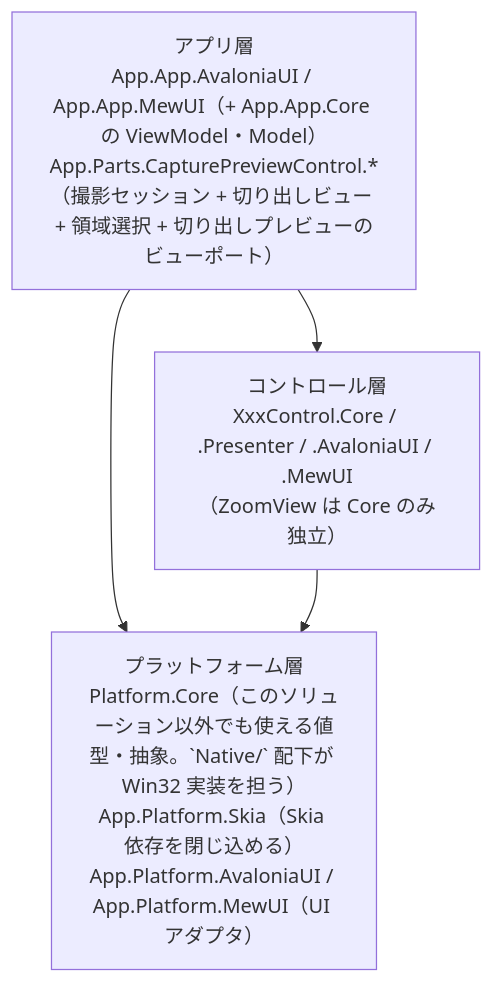
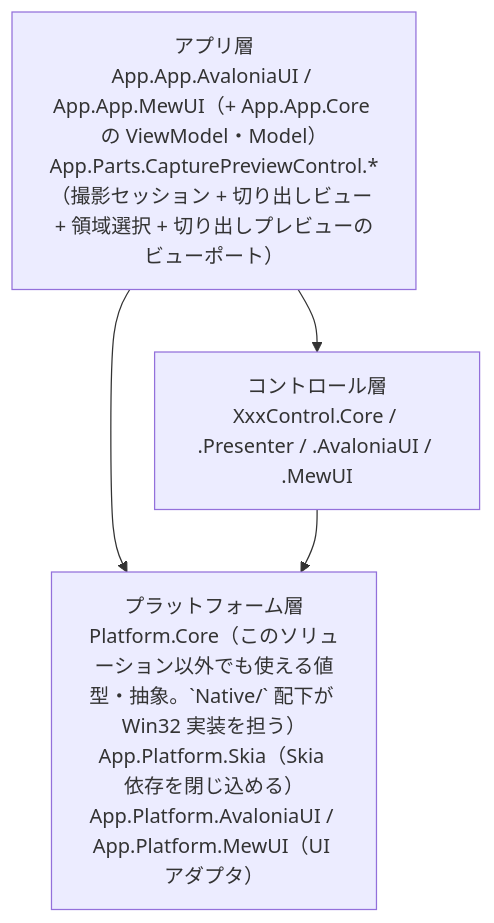
The first of 2 diagrams in src/README.md (tomokuni/SaveEvidence), drawn with Mermaid before and after one commit. The commit also changed other lines of this file and 279 other files, not shown here.

````diff
--- a/src/README.md
+++ b/src/README.md
@@ -8,9 +8,9 @@
 ```mermaid
 flowchart TB
     APP["アプリ層<br/>App.App.AvaloniaUI / App.App.MewUI（+ App.App.Core の ViewModel・Model）<br/>App.Parts.CapturePreviewControl.*（撮影セッション + 切り出しビュー + 領域選択 + 切り出しプレビューのビューポート）"]
-    CTRL["コントロール層<br/>XxxControl.Core / .Presenter / .AvaloniaUI / .MewUI<br/>（ZoomView は Core のみ独立）"]
+    CTRL["コントロール層<br/>XxxControl.Core / .Presenter / .AvaloniaUI / .MewUI"]
     PLAT["プラットフォーム層<br/>Platform.Core（このソリューション以外でも使える値型・抽象。`Native/` 配下が Win32 実装を担う）<br/>App.Platform.Skia（Skia 依存を閉じ込める）<br/>App.Platform.AvaloniaUI / App.Platform.MewUI（UI アダプタ）"]
     APP --> CTRL
     APP --> PLAT
     CTRL --> PLAT
 ```
````
